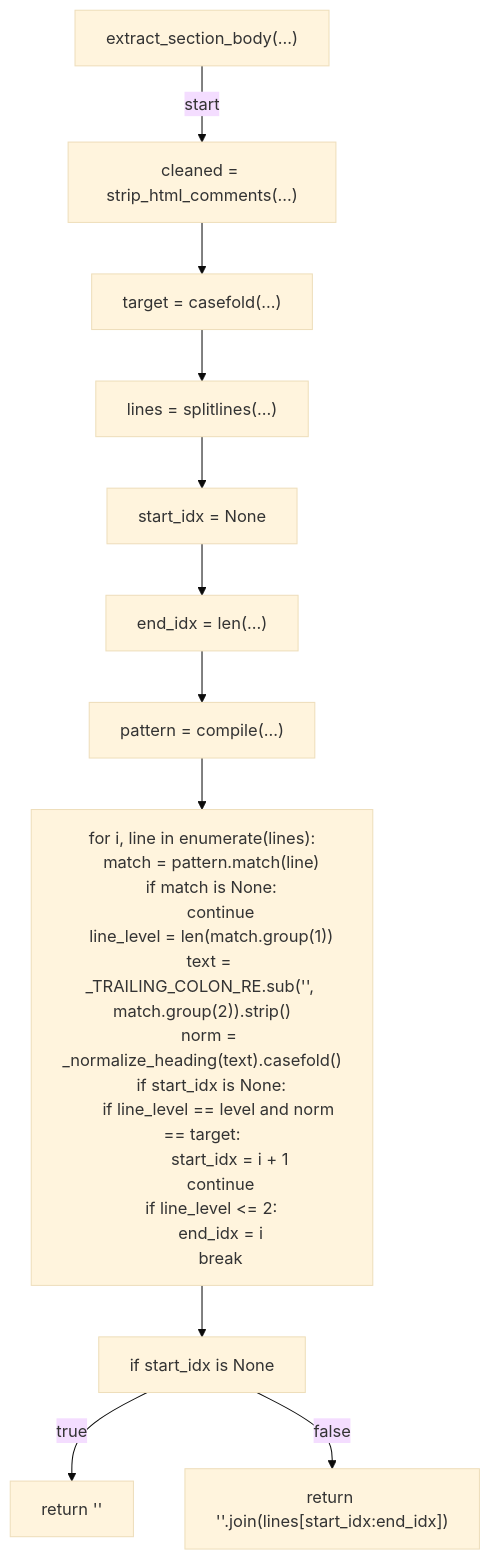
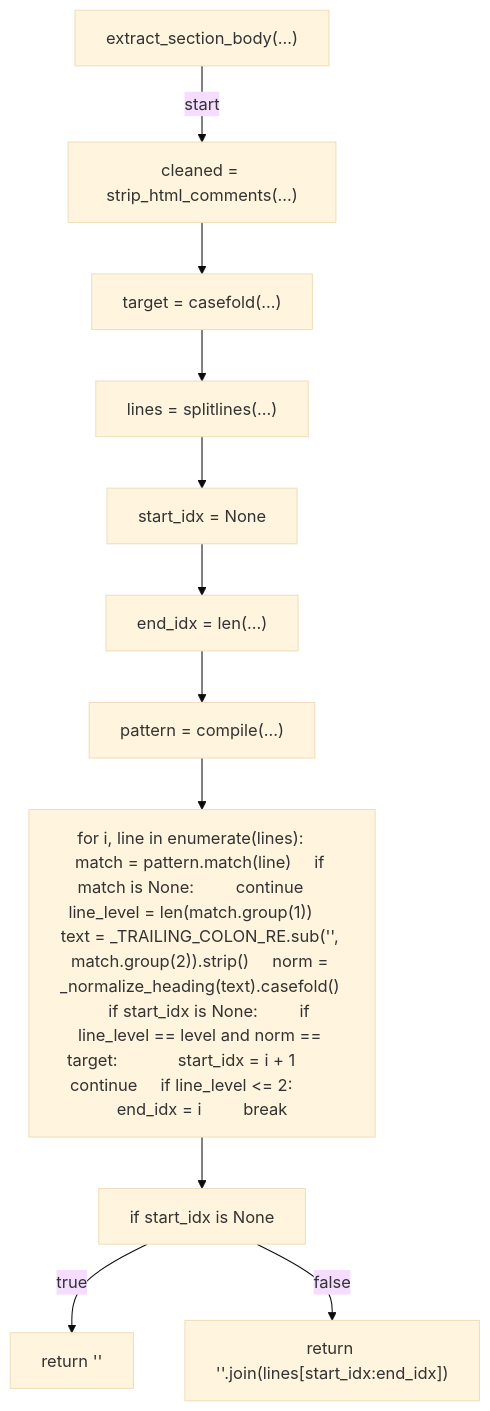
The seventh of 25 diagrams in docs/generated/scripts/ast/body_policy.md (tvna/claude-md), drawn with Mermaid (base theme) before and after one commit. The commit also changed other lines of this file and 20 other files, not shown here.

First line of the commit message:
docs(generated): regenerate decision tree and workflow diagrams (batch 1/5)

````diff
--- a/docs/generated/scripts/ast/body_policy.md
+++ b/docs/generated/scripts/ast/body_policy.md
@@ -105,37 +93,24 @@
 ```mermaid
 flowchart TD
     N001["extract_section_body(...)"]
     N002["cleaned = strip_html_comments(...)"]
     N003["target = casefold(...)"]
     N004["lines = splitlines(...)"]
     N005["start_idx = None"]
     N006["end_idx = len(...)"]
     N007["pattern = compile(...)"]
-    N008["for i, line in enumerate(lines):
-    match = pattern.match(line)
-    if match is None:
-        continue
-    line_level = len(match.group(1))
-    text = _TRAILING_COLON_RE.sub('<str>', match.group(2)).strip()
-    norm = _normalize_heading(text).casefold()
-    if start_idx is None:
-        if line_level == level and norm == target:
-            start_idx = i + 1
-        continue
-    if line_level <= 2:
-        end_idx = i
-        break"]
+    N008["for i, line in enumerate(lines):     match = pattern.match(line)     if match is None:         continue     line_level = len(match.group(1))     text = _TRAILING_COLON_RE.sub('<str>', match.group(2)).strip()     norm = _normalize_heading(text).casefold()     if start_idx is None:         if line_level == level and norm == target:             start_idx = i + 1         continue     if line_level <= 2:         end_idx = i         break"]
     N009["if start_idx is None"]
     N010["return '<str>'"]
     N011["return '<str>'.join(lines[start_idx:end_idx])"]
     N001 -->|"start"| N002
     N002 --> N003
     N003 --> N004
     N004 --> N005
     N005 --> N006
     N006 --> N007
     N007 --> N008
     N008 --> N009
     N009 -->|"true"| N010
     N009 -->|"false"| N011
 ```
````
